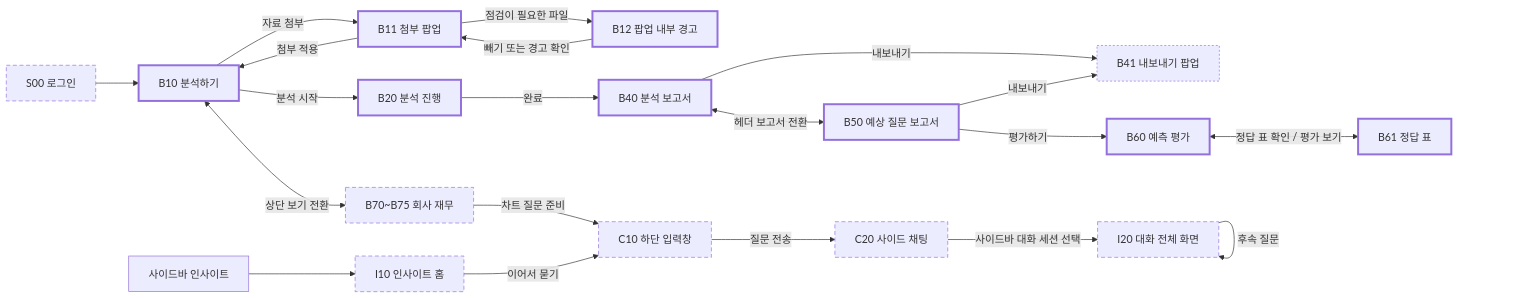
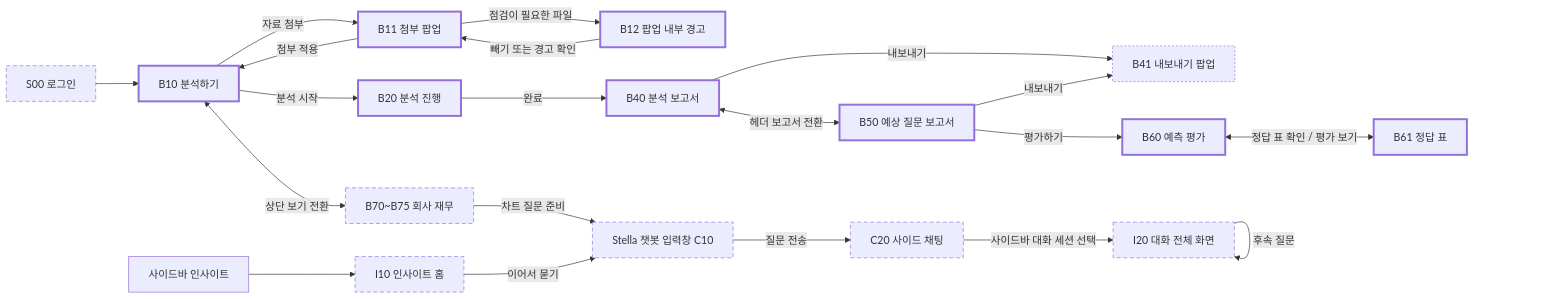
One commit to vamos-team/telescope changed the first of 2 diagrams in docs/frontend/demo/ia.md. Above: the diagram before and after it, drawn with Mermaid. The commit also changed other lines of this file and 2 other files, not shown here.

Commit message:
docs: DART 대시보드 및 Stella BI 챗봇 반영 #55

````diff
--- a/docs/frontend/demo/ia.md
+++ b/docs/frontend/demo/ia.md
@@ -56,26 +57,26 @@
 ```mermaid
 flowchart LR
   classDef must stroke-width:3px
   classDef should stroke-dasharray:3 3
   classDef extra stroke-dasharray:6 4
 
   S00["S00 로그인"]:::extra --> B10["B10 분석하기"]:::must
   B10 -->|자료 첨부| B11["B11 첨부 팝업"]:::must
   B11 -->|점검이 필요한 파일| B12["B12 팝업 내부 경고"]:::must
   B12 -->|빼기 또는 경고 확인| B11
   B11 -->|첨부 적용| B10
   B10 -->|분석 시작| B20["B20 분석 진행"]:::must
   B20 -->|완료| B40["B40 분석 보고서"]:::must
   B40 <-->|헤더 보고서 전환| B50["B50 예상 질문 보고서"]:::must
   B40 -->|내보내기| B41["B41 내보내기 팝업"]:::should
   B50 -->|내보내기| B41
   B50 -->|평가하기| B60["B60 예측 평가"]:::must
   B60 <-->|정답 표 확인 / 평가 보기| B61["B61 정답 표"]:::must
   B10 <-->|상단 보기 전환| B70["B70~B75 회사 재무"]:::extra
   NAV["사이드바 인사이트"] --> I10["I10 인사이트 홈"]:::extra
-  B70 -->|차트 질문 준비| C10["C10 하단 입력창"]:::extra
+  B70 -->|차트 질문 준비| C10["Stella 챗봇 입력창 C10"]:::extra
   I10 -->|이어서 묻기| C10
   C10 -->|질문 전송| C20["C20 사이드 채팅"]:::extra
   C20 -->|사이드바 대화 세션 선택| I20["I20 대화 전체 화면"]:::extra
   I20 -->|후속 질문| I20
 ```
````
